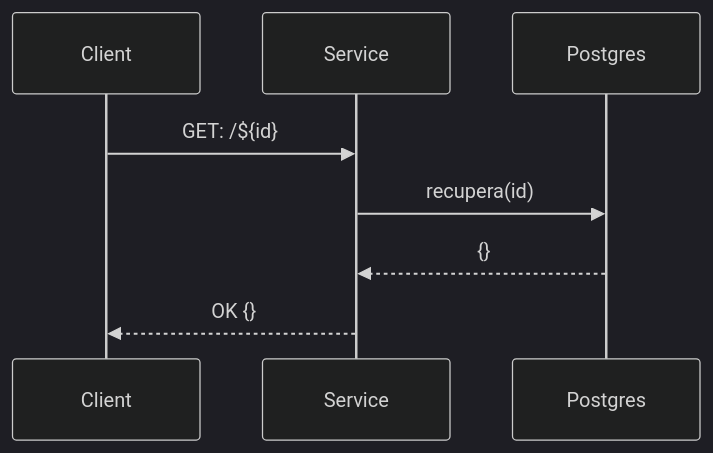
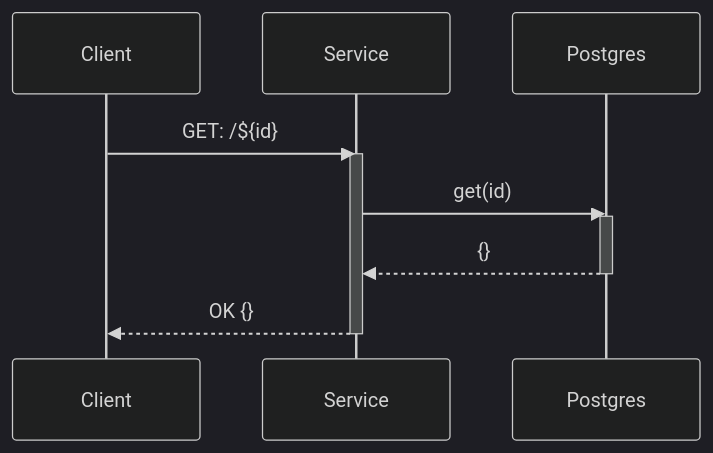
One commit to PauloNayron/message-service changed the second of 5 diagrams in README.md. Above: the diagram before and after it, drawn with Mermaid (dark theme). The commit also changed other lines of this file, not shown here.

````diff
--- a/README.md
+++ b/README.md
@@ -44,11 +59,15 @@
 ```mermaid
 sequenceDiagram
     participant C as Client
     participant A as Service
     participant B as Postgres
 
     C->>A: GET: /${id}
-    A->>B: recupera(id)
+    activate A
+    A->>B: get(id)
+    activate B
     B-->>A: {}
+    deactivate B
     A-->>C: OK {}
+    deactivate A
 ```
````
